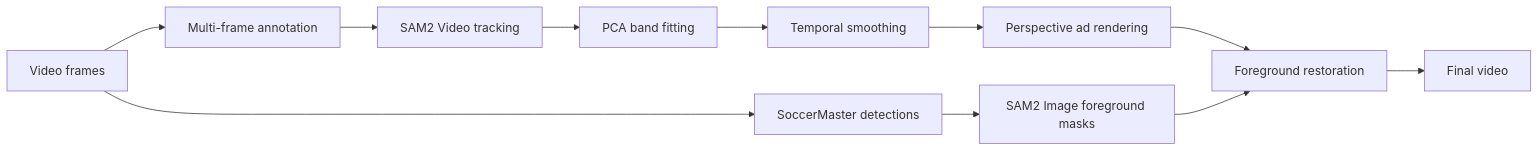
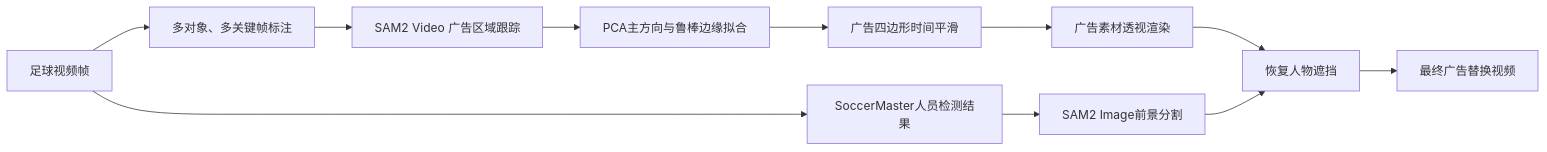
The diagram in README.md (compassnb/SoccerBillboardLab), drawn with Mermaid before and after one commit. The commit also changed other lines of this file, not shown here.

````diff
--- a/README.md
+++ b/README.md
@@ -19,13 +11,13 @@
 ```mermaid
 flowchart LR
-    A[Video frames] --> B[Multi-frame annotation]
-    B --> C[SAM2 Video tracking]
-    C --> D[PCA band fitting]
-    D --> E[Temporal smoothing]
-    E --> F[Perspective ad rendering]
-    A --> G[SoccerMaster detections]
-    G --> H[SAM2 Image foreground masks]
-    F --> I[Foreground restoration]
+    A[足球视频帧] --> B[多对象、多关键帧标注]
+    B --> C[SAM2 Video 广告区域跟踪]
+    C --> D[PCA主方向与鲁棒边缘拟合]
+    D --> E[广告四边形时间平滑]
+    E --> F[广告素材透视渲染]
+    A --> G[SoccerMaster人员检测结果]
+    G --> H[SAM2 Image前景分割]
+    F --> I[恢复人物遮挡]
     H --> I
-    I --> J[Final video]
+    I --> J[最终广告替换视频]
 ```
````
